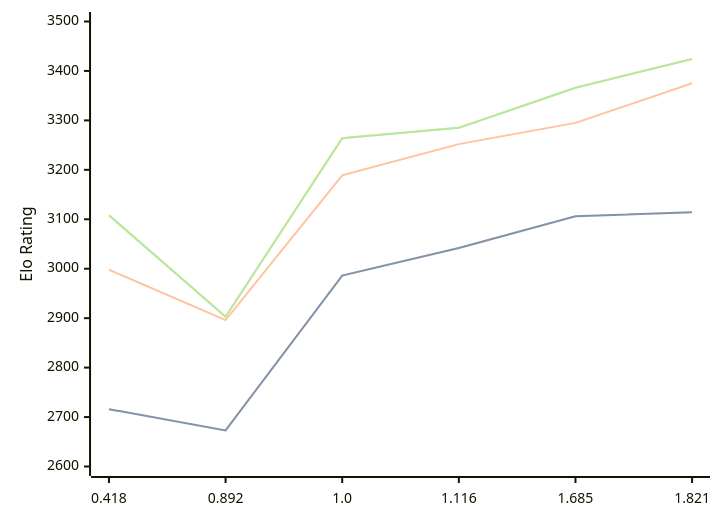
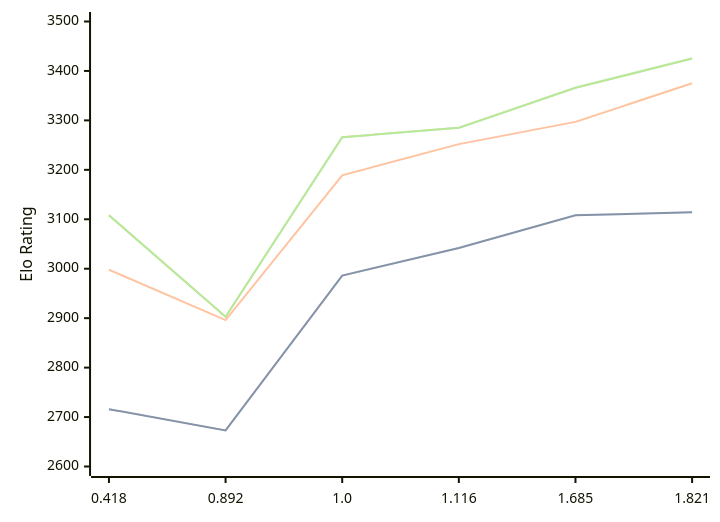
The diagram in engines/Malika.md (computer-chess-index/cci), drawn with Mermaid before and after one commit. The commit also changed other lines of this file, not shown here.

Commit message:
Update CCI Ratings (ELO VLTC) - 2026-09-25

````diff
--- a/engines/Malika.md
+++ b/engines/Malika.md
@@ -36,11 +36,11 @@
 ```mermaid
 %%{init: {"theme":"base","themeVariables":{"seriesColors:['#a3a3a3','#222221','#faa371']}}}%%
 xychart-beta
   x-axis ["0.418", "0.892", "1.0", "1.116", "1.685", "1.821"]
   y-axis "Elo Rating" 2600 --> 3500
-  line "" [2716, 2673, 2986, 3042, 3106, 3114]
-  line "STC (8.0+0.08s)" [2716, 2673, 2986, 3042, 3106, 3114]
-  line "LTC (60.0+0.60s)" [2998, 2896, 3189, 3252, 3295, 3375]
-  line "" [3108, 2903, 3264, 3285, 3366, 3424]
-  line "VLTC (2m24s+1.12s)" [3108, 2903, 3264, 3285, 3366, 3424]
+  line "" [2716, 2673, 2986, 3042, 3108, 3114]
+  line "STC (8.0+0.08s)" [2716, 2673, 2986, 3042, 3108, 3114]
+  line "LTC (60.0+0.60s)" [2998, 2896, 3189, 3252, 3297, 3375]
+  line "" [3108, 2903, 3266, 3285, 3366, 3425]
+  line "VLTC (2m24s+1.12s)" [3108, 2903, 3266, 3285, 3366, 3425]
 ```
````
